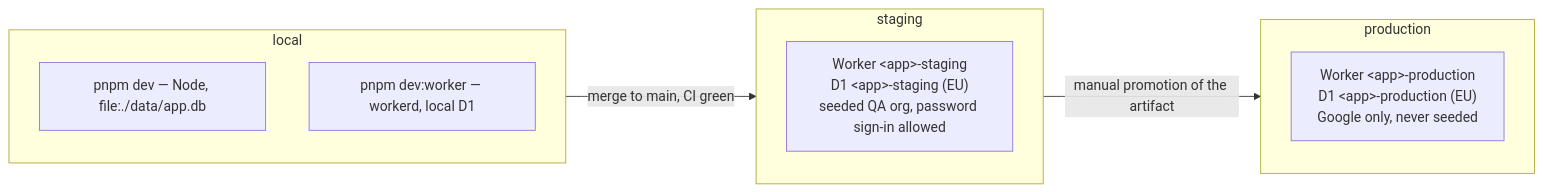
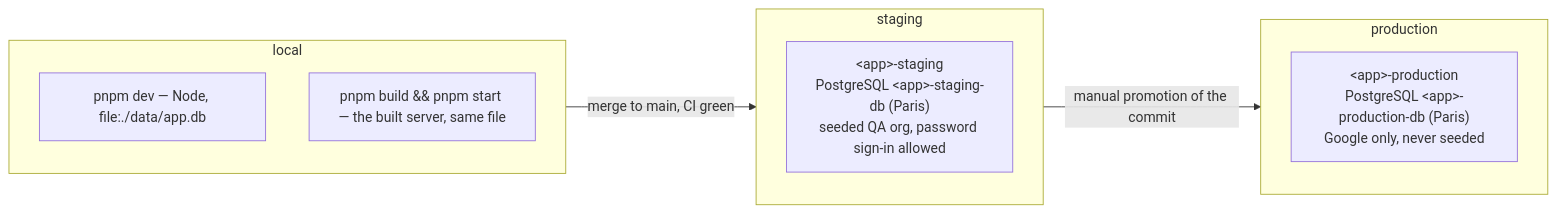
Diagram 13 of 14 in ARCHITECTURE.md (anbergem/seating-arrangement), drawn with Mermaid before and after one commit. The commit also changed other lines of this file and 102 other files, not shown here.

````diff
--- a/ARCHITECTURE.md
+++ b/ARCHITECTURE.md
@@ -579,15 +575,15 @@
 ```mermaid
 flowchart LR
   subgraph LOCAL["local"]
     L1["pnpm dev — Node, file:./data/app.db"]
-    L2["pnpm dev:worker — workerd, local D1"]
+    L2["pnpm build &amp;&amp; pnpm start — the built server, same file"]
   end
   subgraph STAGING["staging"]
-    S["Worker &lt;app&gt;-staging<br/>D1 &lt;app&gt;-staging (EU)<br/>seeded QA org, password sign-in allowed"]
+    S["&lt;app&gt;-staging<br/>PostgreSQL &lt;app&gt;-staging-db (Paris)<br/>seeded QA org, password sign-in allowed"]
   end
   subgraph PRODUCTION["production"]
-    P["Worker &lt;app&gt;-production<br/>D1 &lt;app&gt;-production (EU)<br/>Google only, never seeded"]
+    P["&lt;app&gt;-production<br/>PostgreSQL &lt;app&gt;-production-db (Paris)<br/>Google only, never seeded"]
   end
   LOCAL -->|"merge to main, CI green"| STAGING
-  STAGING -->|"manual promotion of the artifact"| PRODUCTION
+  STAGING -->|"manual promotion of the commit"| PRODUCTION
 ```
````
